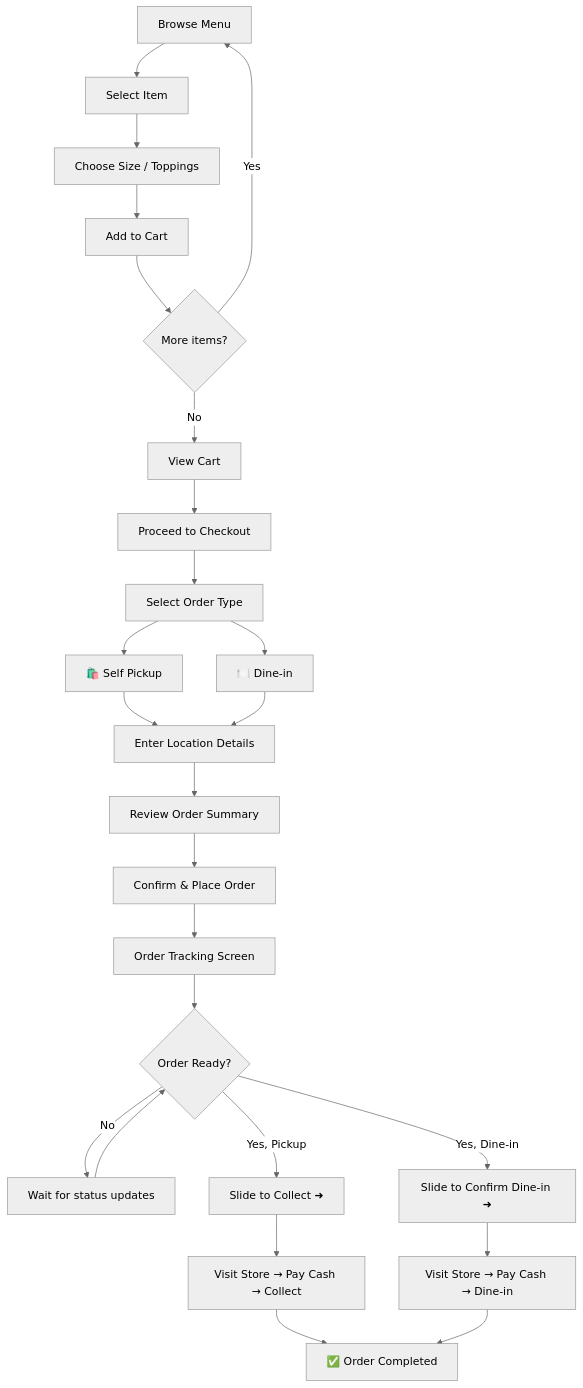
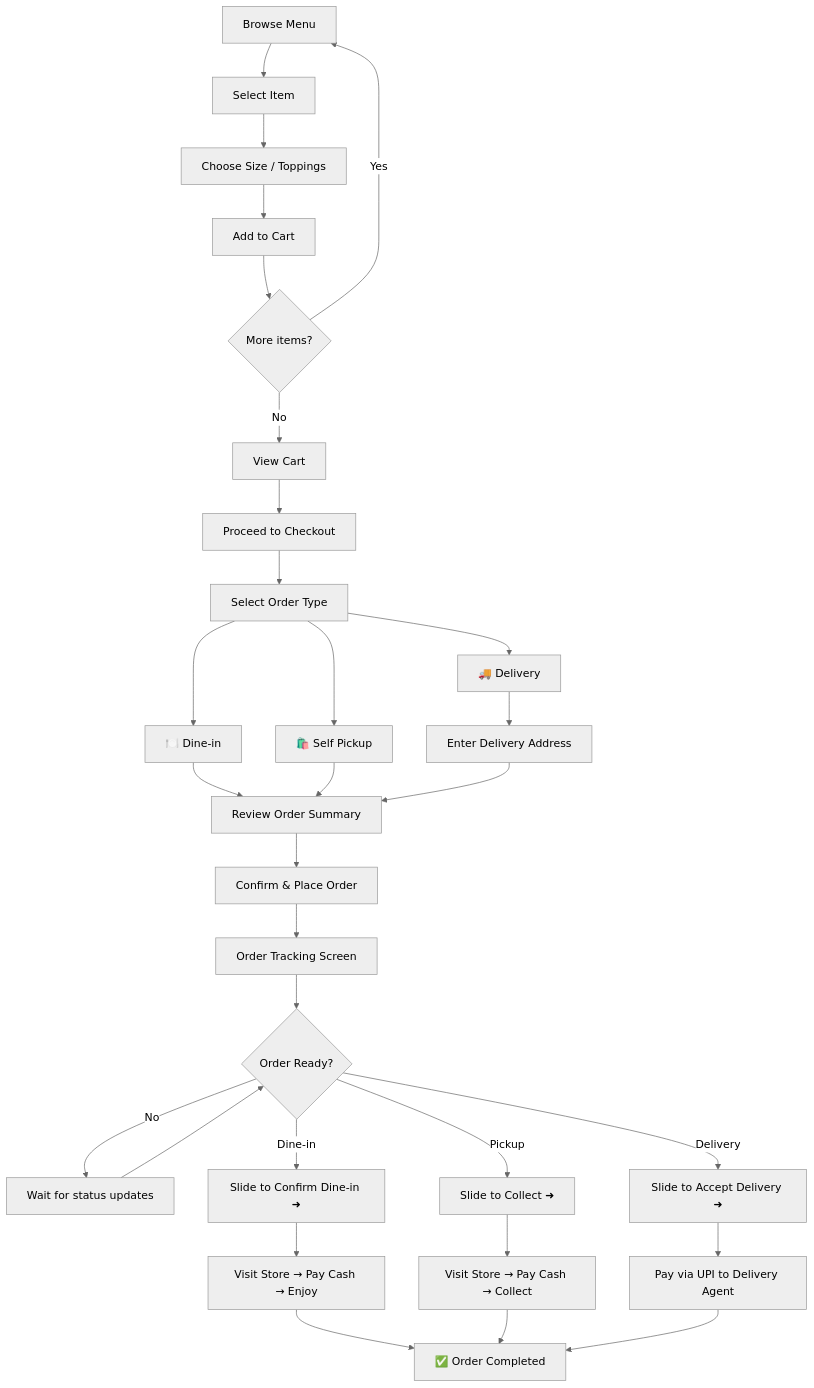
Before and after one commit to csanni/frescos-app: the third of 8 diagrams in campus_food_ordering_system/docs/customer_app_system_design.md, drawn with Mermaid (neutral theme). The commit also changed other lines of this file and 21 other files, not shown here.

````diff
--- a/campus_food_ordering_system/docs/customer_app_system_design.md
+++ b/campus_food_ordering_system/docs/customer_app_system_design.md
@@ -131,27 +131,32 @@
 ```mermaid
 graph TD
     A["Browse Menu"] --> B["Select Item"]
     B --> C["Choose Size / Toppings"]
     C --> D["Add to Cart"]
     D --> E{"More items?"}
     E -->|Yes| A
     E -->|No| F["View Cart"]
     F --> G["Proceed to Checkout"]
     G --> H["Select Order Type"]
-    H --> I["🛍️ Self Pickup"]
-    H --> J["🍽️ Dine-in"]
-    I --> K["Enter Location Details"]
-    J --> K
-    K --> L["Review Order Summary"]
-    L --> M["Confirm & Place Order"]
-    M --> N["Order Tracking Screen"]
-    N --> O{"Order Ready?"}
-    O -->|No| P["Wait for status updates"]
-    P --> O
-    O -->|Yes, Pickup| Q["Slide to Collect ➜"]
-    O -->|Yes, Dine-in| R["Slide to Confirm Dine-in ➜"]
-    Q --> S["Visit Store → Pay Cash → Collect"]
-    R --> T["Visit Store → Pay Cash → Dine-in"]
-    S --> U["✅ Order Completed"]
-    T --> U
+    H --> I["🍽️ Dine-in"]
+    H --> J["🛍️ Self Pickup"]
+    H --> K["🚚 Delivery"]
+    I --> M["Review Order Summary"]
+    J --> M
+    K --> L["Enter Delivery Address"]
+    L --> M
+    M --> N["Confirm & Place Order"]
+    N --> O["Order Tracking Screen"]
+    O --> P{"Order Ready?"}
+    P -->|No| Q["Wait for status updates"]
+    Q --> P
+    P -->|Dine-in| R["Slide to Confirm Dine-in ➜"]
+    P -->|Pickup| S["Slide to Collect ➜"]
+    P -->|Delivery| T["Slide to Accept Delivery ➜"]
+    R --> U["Visit Store → Pay Cash → Enjoy"]
+    S --> V["Visit Store → Pay Cash → Collect"]
+    T --> W["Pay via UPI to Delivery Agent"]
+    U --> X["✅ Order Completed"]
+    V --> X
+    W --> X
 ```
````
